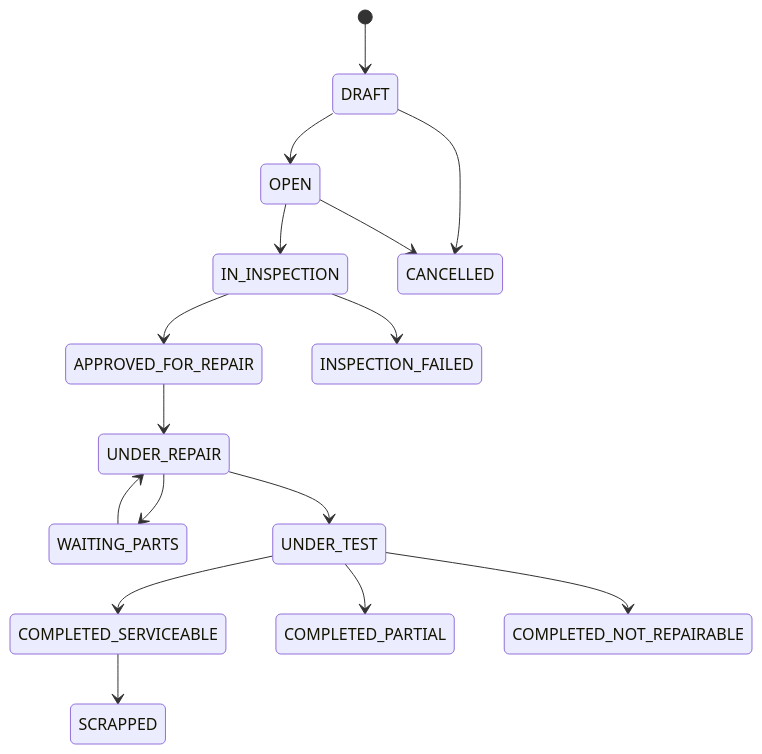
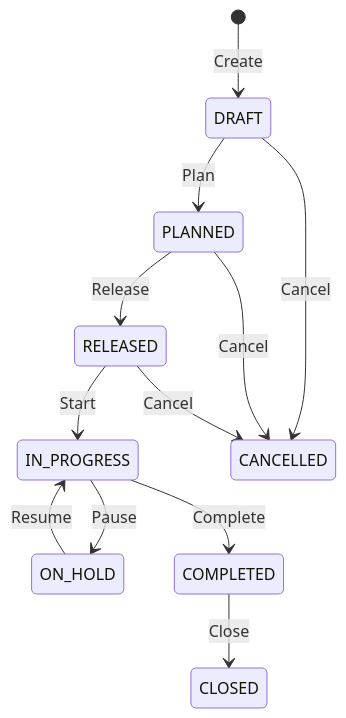
One commit to attef7474-byte/ATsoftERP changed the fourth of 9 diagrams in docs/proofs/atsofterp-current-architecture-discovery-report.md. Above: the diagram before and after it, drawn with Mermaid. The commit also changed other lines of this file and 142 other files, not shown here.

````diff
--- a/docs/proofs/atsofterp-current-architecture-discovery-report.md
+++ b/docs/proofs/atsofterp-current-architecture-discovery-report.md
@@ -549,18 +599,14 @@
 ```mermaid
 stateDiagram-v2
-    [*] --> DRAFT
-    DRAFT --> OPEN
-    OPEN --> IN_INSPECTION
-    IN_INSPECTION --> APPROVED_FOR_REPAIR
-    IN_INSPECTION --> INSPECTION_FAILED
-    APPROVED_FOR_REPAIR --> UNDER_REPAIR
-    UNDER_REPAIR --> WAITING_PARTS
-    WAITING_PARTS --> UNDER_REPAIR
-    UNDER_REPAIR --> UNDER_TEST
-    UNDER_TEST --> COMPLETED_SERVICEABLE
-    UNDER_TEST --> COMPLETED_PARTIAL
-    UNDER_TEST --> COMPLETED_NOT_REPAIRABLE
-COMPLETED_SERVICEABLE --> SCRAPPED
-    DRAFT --> CANCELLED
-    OPEN --> CANCELLED
+    [*] --> DRAFT : Create
+    DRAFT --> PLANNED : Plan
+    PLANNED --> RELEASED : Release
+    RELEASED --> IN_PROGRESS : Start
+    IN_PROGRESS --> ON_HOLD : Pause
+    ON_HOLD --> IN_PROGRESS : Resume
+    IN_PROGRESS --> COMPLETED : Complete
+    COMPLETED --> CLOSED : Close
+    DRAFT --> CANCELLED : Cancel
+    PLANNED --> CANCELLED : Cancel
+    RELEASED --> CANCELLED : Cancel
 ```
````
